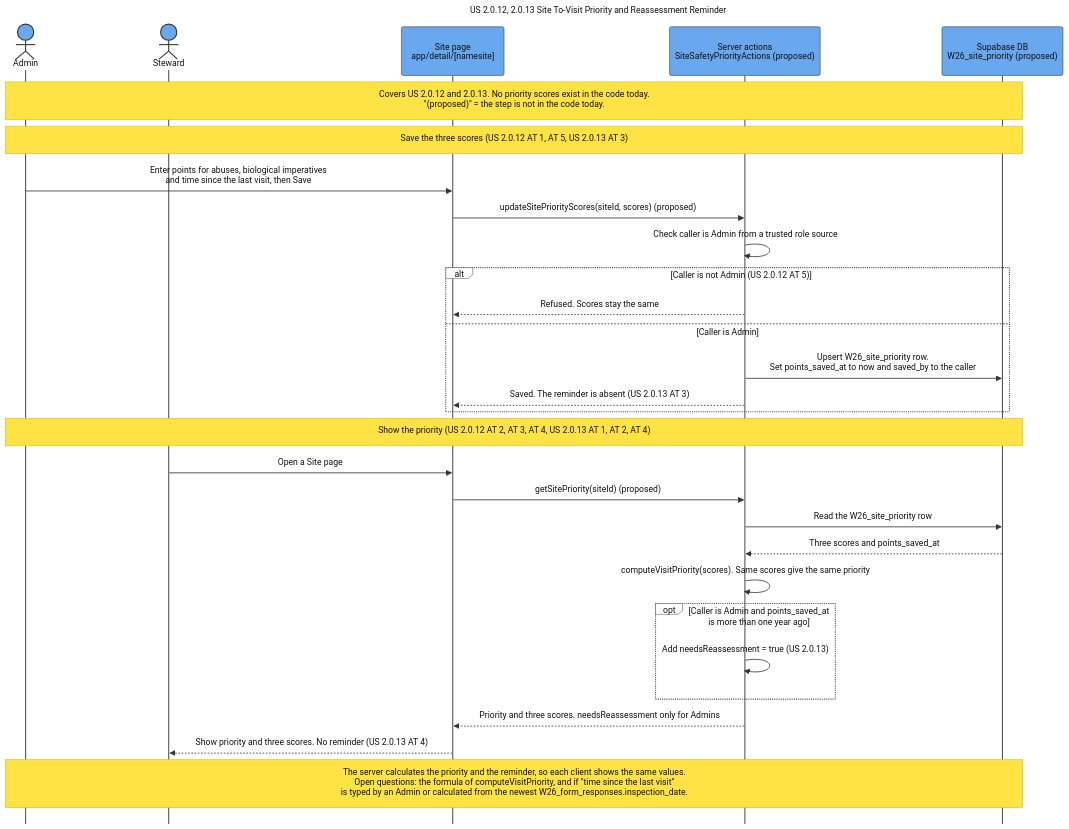
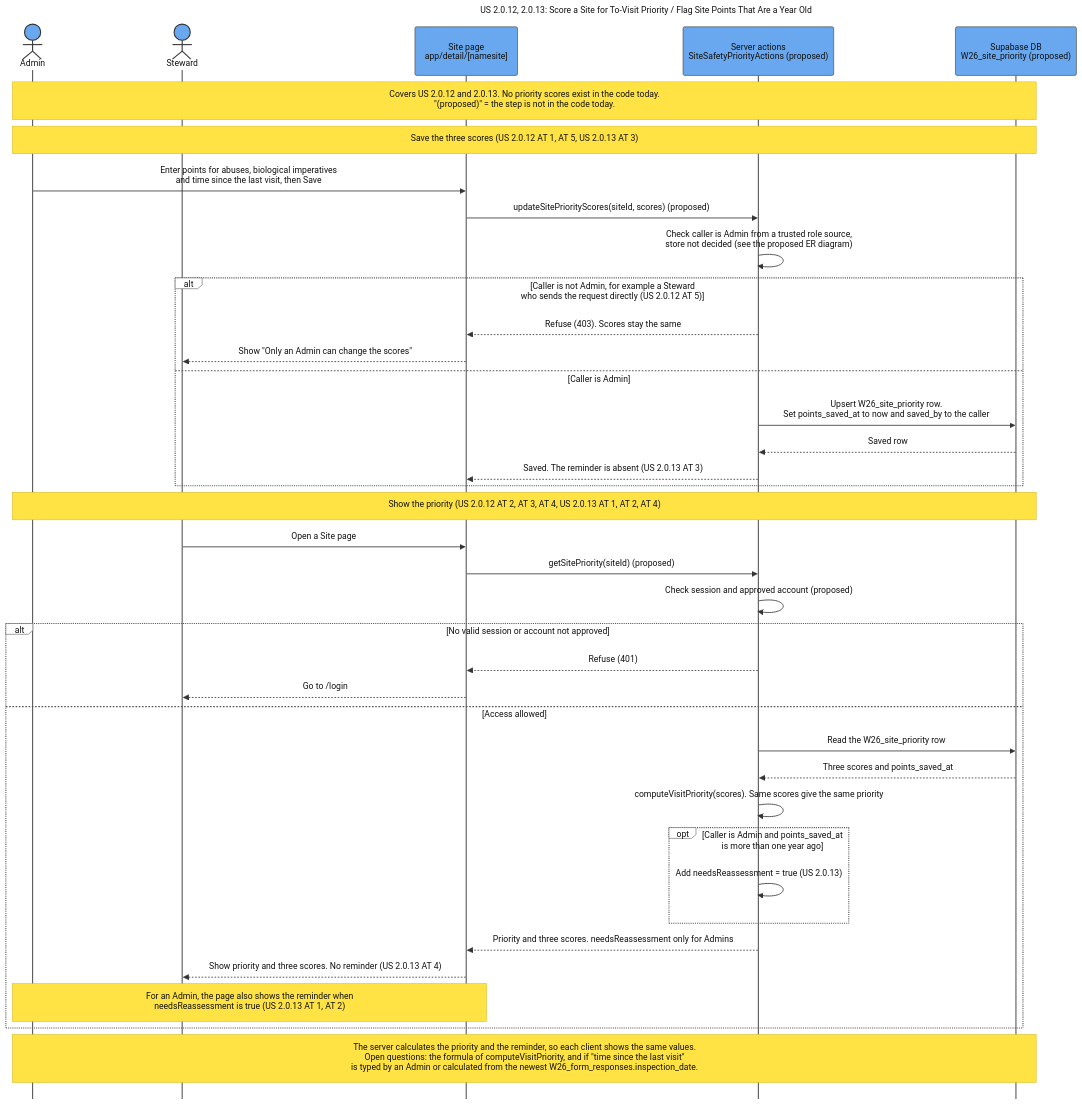
One commit to SAPAA-Dev/W26Project-SAPAA-Dev-Team changed the diagram in docs/assets/Sequence_US_2_0_12_2_0_13_Site_Priority_Score.mmd. Above: the diagram before and after it, drawn with Mermaid. The commit also changed 91 other files, not shown here.

```diff
--- a/docs/assets/Sequence_US_2_0_12_2_0_13_Site_Priority_Score.mmd
+++ b/docs/assets/Sequence_US_2_0_12_2_0_13_Site_Priority_Score.mmd
@@ -1,75 +1,84 @@
 ---
-title: "US 2.0.12, 2.0.13 Site To-Visit Priority and Reassessment Reminder"
+title: "US 2.0.12, 2.0.13: Score a Site for To-Visit Priority / Flag Site Points That Are a Year Old"
 config:
   theme: base
   sequence:
     actorMargin: 75
     boxMargin: 12
     diagramMarginX: 45
     diagramMarginY: 30
     messageMargin: 40
     noteMargin: 16
     mirrorActors: false
     width: 190
     height: 90
   themeVariables:
     background: "#ffffff"
     primaryColor: "#69a8ef"
     primaryBorderColor: "#333333"
     primaryTextColor: "#111111"
     actorBkg: "#69a8ef"
     actorBorder: "#333333"
     actorTextColor: "#111111"
     actorLineColor: "#555555"
     signalColor: "#333333"
     signalTextColor: "#111111"
     activationBkgColor: "#cdd3db"
     activationBorderColor: "#cdd3db"
     noteBkgColor: "#ffe344"
     noteBorderColor: "#d4ba24"
     noteTextColor: "#111111"
     labelBoxBkgColor: "#ffffff"
     labelBoxBorderColor: "#555555"
     labelTextColor: "#111111"
     loopTextColor: "#111111"
     altBackground: "#ffffff"
   themeCSS: |
     .actor-line {
       stroke-dasharray: 10 10 !important;
       stroke-width: 1.25px !important;
     }
 ---
 sequenceDiagram
     autonumber off
     actor Admin
     actor Steward
     participant Page as Site page<br/>app/detail/[namesite]
     participant Server as Server actions<br/>SiteSafetyPriorityActions (proposed)
     participant DB as Supabase DB<br/>W26_site_priority (proposed)
 
     Note over Admin,DB: Covers US 2.0.12 and 2.0.13. No priority scores exist in the code today.<br/>"(proposed)" = the step is not in the code today.
 
     Note over Admin,DB: Save the three scores (US 2.0.12 AT 1, AT 5, US 2.0.13 AT 3)
     Admin->>Page: Enter points for abuses, biological imperatives<br/>and time since the last visit, then Save
     Page->>Server: updateSitePriorityScores(siteId, scores) (proposed)
-    Server->>Server: Check caller is Admin from a trusted role source
-    alt Caller is not Admin (US 2.0.12 AT 5)
-        Server-->>Page: Refused. Scores stay the same
+    Server->>Server: Check caller is Admin from a trusted role source,<br/>store not decided (see the proposed ER diagram)
+    alt Caller is not Admin, for example a Steward<br/>who sends the request directly (US 2.0.12 AT 5)
+        Server-->>Page: Refuse (403). Scores stay the same
+        Page-->>Steward: Show "Only an Admin can change the scores"
     else Caller is Admin
         Server->>DB: Upsert W26_site_priority row.<br/>Set points_saved_at to now and saved_by to the caller
+        DB-->>Server: Saved row
         Server-->>Page: Saved. The reminder is absent (US 2.0.13 AT 3)
     end
 
     Note over Admin,DB: Show the priority (US 2.0.12 AT 2, AT 3, AT 4, US 2.0.13 AT 1, AT 2, AT 4)
     Steward->>Page: Open a Site page
     Page->>Server: getSitePriority(siteId) (proposed)
-    Server->>DB: Read the W26_site_priority row
-    DB-->>Server: Three scores and points_saved_at
-    Server->>Server: computeVisitPriority(scores). Same scores give the same priority
-    opt Caller is Admin and points_saved_at is more than one year ago
-        Server->>Server: Add needsReassessment = true (US 2.0.13)
+    Server->>Server: Check session and approved account (proposed)
+    alt No valid session or account not approved
+        Server-->>Page: Refuse (401)
+        Page-->>Steward: Go to /login
+    else Access allowed
+        Server->>DB: Read the W26_site_priority row
+        DB-->>Server: Three scores and points_saved_at
+        Server->>Server: computeVisitPriority(scores). Same scores give the same priority
+        opt Caller is Admin and points_saved_at is more than one year ago
+            Server->>Server: Add needsReassessment = true (US 2.0.13)
+        end
+        Server-->>Page: Priority and three scores. needsReassessment only for Admins
+        Page-->>Steward: Show priority and three scores. No reminder (US 2.0.13 AT 4)
+        Note over Admin,Page: For an Admin, the page also shows the reminder when<br/>needsReassessment is true (US 2.0.13 AT 1, AT 2)
     end
-    Server-->>Page: Priority and three scores. needsReassessment only for Admins
-    Page-->>Steward: Show priority and three scores. No reminder (US 2.0.13 AT 4)
 
     Note over Admin,DB: The server calculates the priority and the reminder, so each client shows the same values.<br/>Open questions: the formula of computeVisitPriority, and if "time since the last visit"<br/>is typed by an Admin or calculated from the newest W26_form_responses.inspection_date.
```
